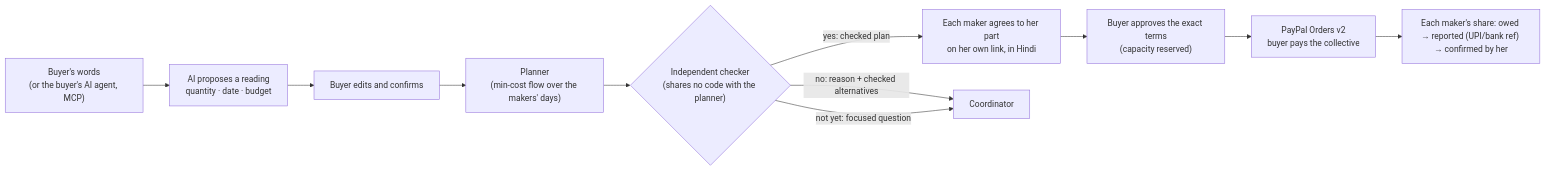
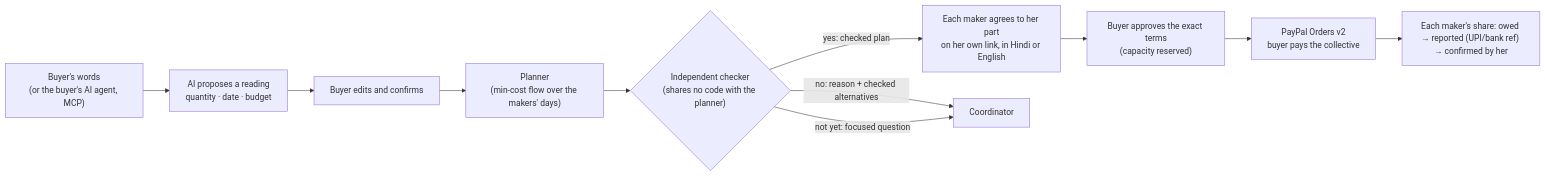
Before and after one commit to Abhinav0821/Haat: the diagram in README.md, drawn with Mermaid. The commit also changed other lines of this file and 8 other files, not shown here.

````diff
--- a/README.md
+++ b/README.md
@@ -24,13 +24,13 @@
 ```mermaid
 flowchart LR
   B["Buyer's words<br/>(or the buyer's AI agent, MCP)"] --> AI["AI proposes a reading<br/>quantity · date · budget"]
   AI --> C["Buyer edits and confirms"]
   C --> P["Planner<br/>(min-cost flow over the makers' days)"]
   P --> K{"Independent checker<br/>(shares no code with the planner)"}
-  K -- "yes: checked plan" --> M["Each maker agrees to her part<br/>on her own link, in Hindi"]
+  K -- "yes: checked plan" --> M["Each maker agrees to her part<br/>on her own link, in Hindi or English"]
   K -- "no: reason + checked alternatives" --> CO["Coordinator"]
   K -- "not yet: focused question" --> CO
   M --> A["Buyer approves the exact terms<br/>(capacity reserved)"]
   A --> PP["PayPal Orders v2<br/>buyer pays the collective"]
   PP --> S["Each maker's share: owed → reported (UPI/bank ref) → confirmed by her"]
 ```
````
